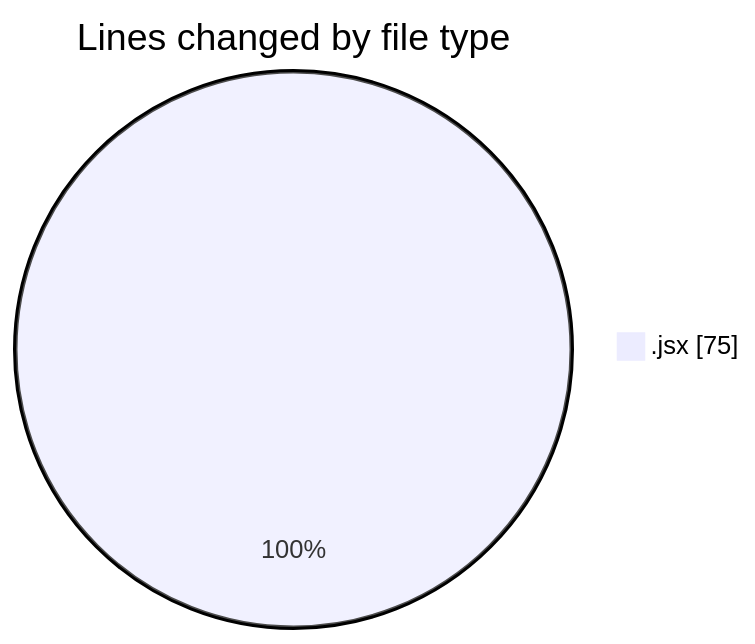
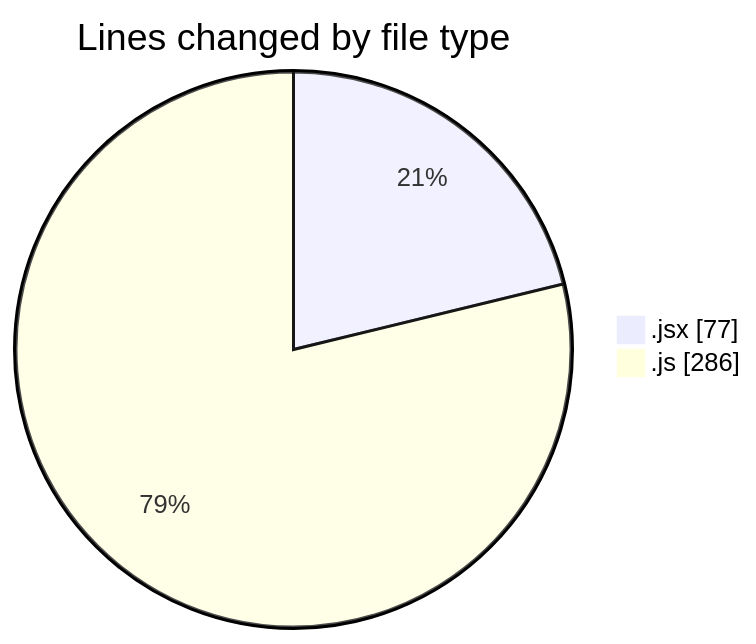
The first of 2 diagrams in 2025-02-12/react_ecom/README.md (Elitesun/code-tracking), drawn with Mermaid before and after one commit. The commit also changed other lines of this file and 1 other file, not shown here.

````diff
--- a/2025-02-12/react_ecom/README.md
+++ b/2025-02-12/react_ecom/README.md
@@ -22,5 +23,6 @@
 ```mermaid
 pie showData
 title Lines changed by file type
-".jsx" : 75
+".jsx" : 77
+".js" : 286
 ```
````
